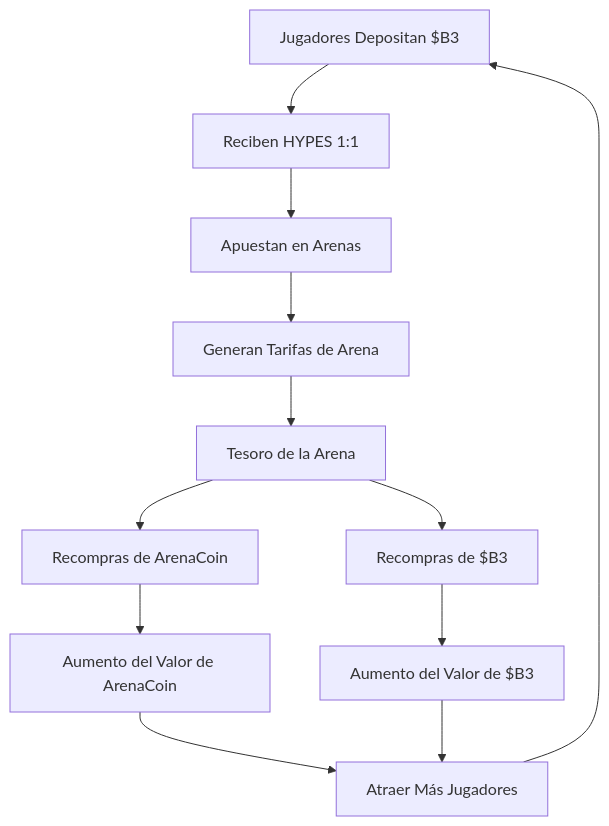
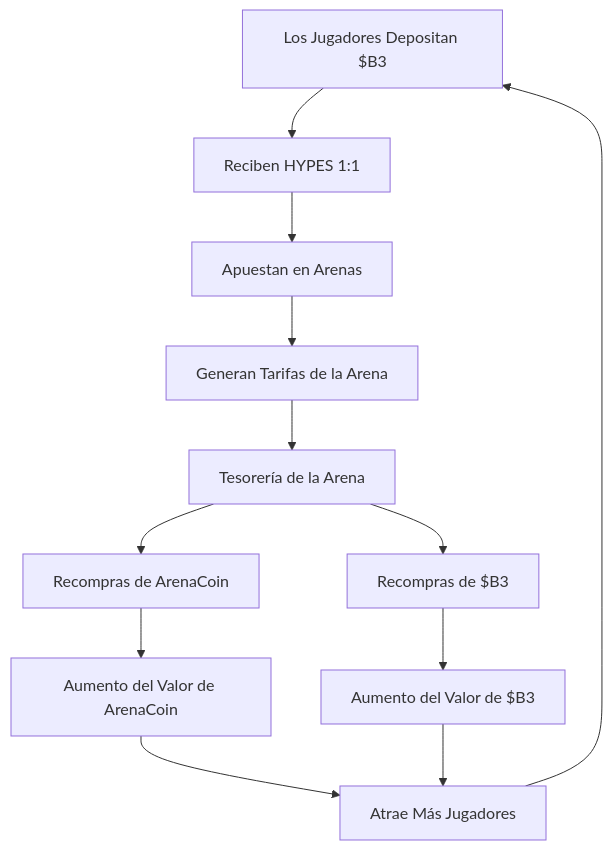
The first of 2 diagrams in docs/es/hypeduel/platform-overview.mdx (b3-fun/b3), drawn with Mermaid before and after one commit. The commit also changed other lines of this file and 105 other files, not shown here.

````diff
--- a/docs/es/hypeduel/platform-overview.mdx
+++ b/docs/es/hypeduel/platform-overview.mdx
@@ -142,14 +71,14 @@
 ```mermaid
 graph TB
-    A[Jugadores Depositan $B3] --> B[Reciben HYPES 1:1]
+    A[Los Jugadores Depositan $B3] --> B[Reciben HYPES 1:1]
     B --> C[Apuestan en Arenas]
-    C --> D[Generan Tarifas de Arena]
-    D --> E[Tesoro de la Arena]
+    C --> D[Generan Tarifas de la Arena]
+    D --> E[Tesorería de la Arena]
     E --> F[Recompras de $B3]
     E --> G[Recompras de ArenaCoin]
     F --> H[Aumento del Valor de $B3]
     G --> I[Aumento del Valor de ArenaCoin]
-    I --> J[Atraer Más Jugadores]
+    I --> J[Atrae Más Jugadores]
     H --> J
     J --> A
 ```
````
